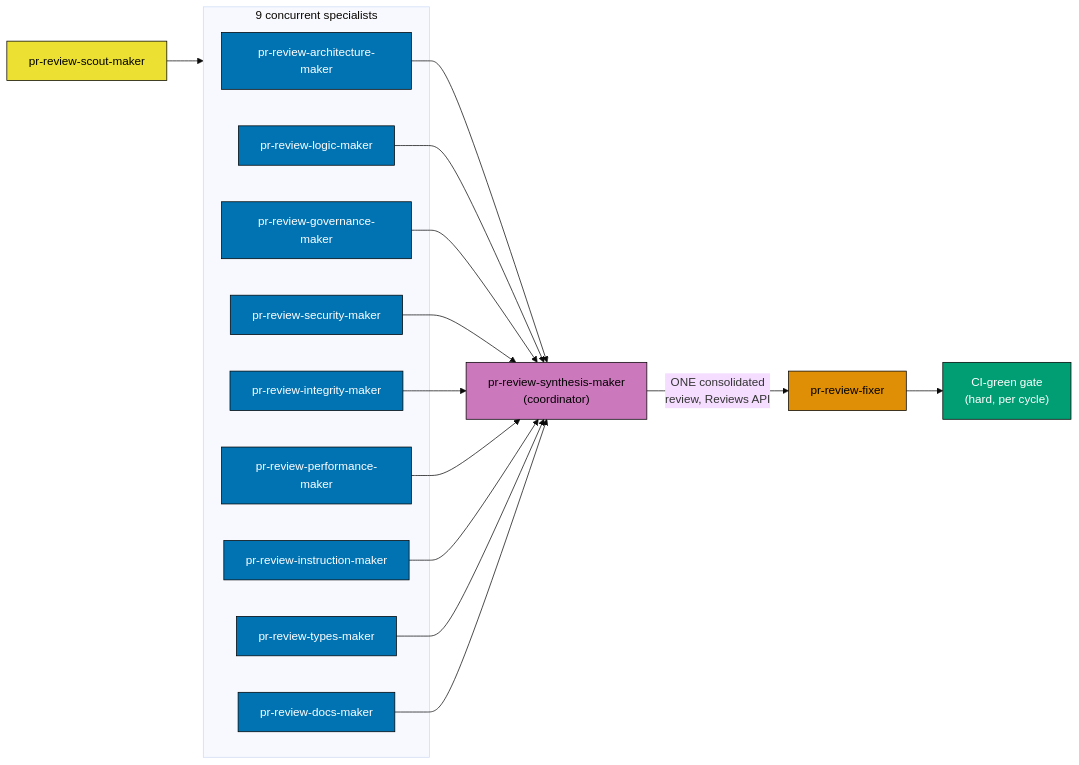
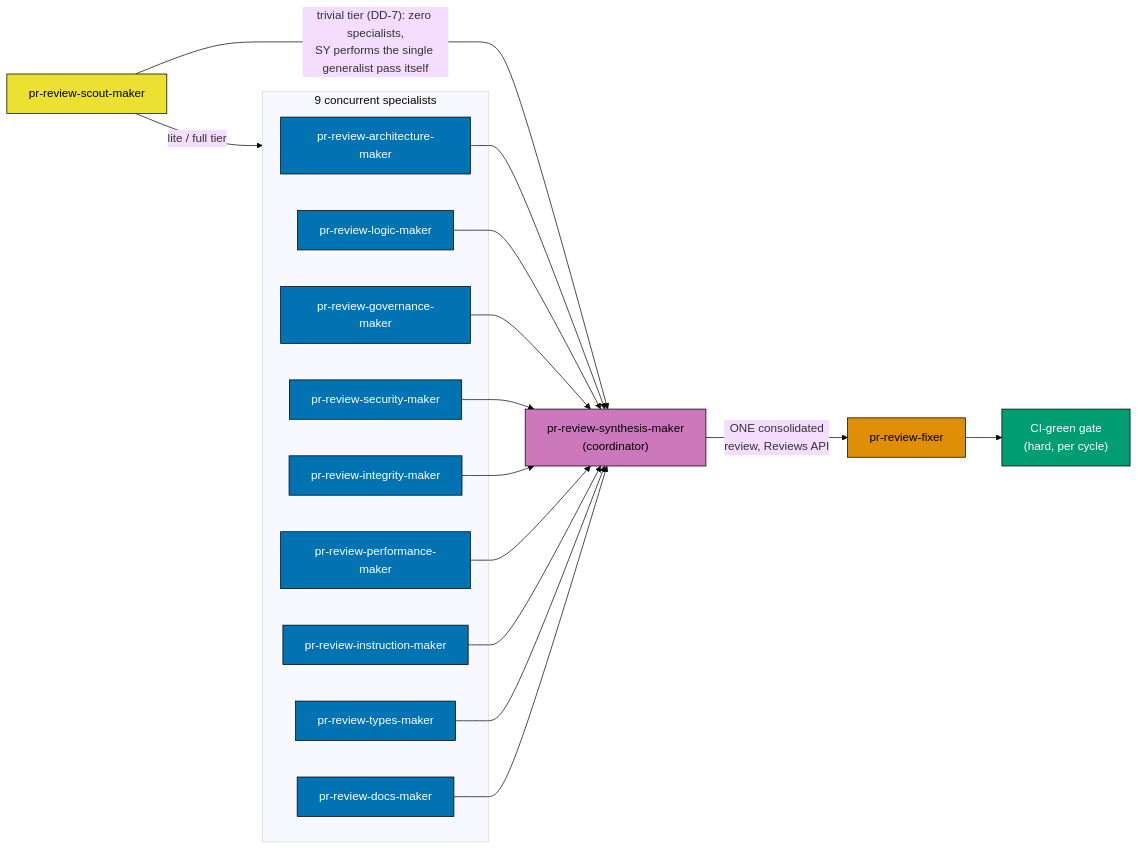
The first of 3 diagrams in repo-governance/workflows/pr/pr-review-quality-gate.md (wahidyankf/baseerah), drawn with Mermaid (base theme) before and after one commit. The commit also changed other lines of this file, not shown here.

First line of the commit message:
fix(workflow): rewire synthesis-maker context and show trivial-tier path

````diff
--- a/repo-governance/workflows/pr/pr-review-quality-gate.md
+++ b/repo-governance/workflows/pr/pr-review-quality-gate.md
@@ -87,34 +87,35 @@
 ```mermaid
 %% Color palette: Gold #ECE133 (scout), Blue #0173B2 (specialists), Purple #CC78BC (coordinator), Orange #DE8F05 (fixer), Teal #029E73 (CI gate)
 flowchart LR
   SC["pr-review-scout-maker"]:::gold
   subgraph FANOUT["9 concurrent specialists"]
     A["pr-review-architecture-maker"]:::blue
     L["pr-review-logic-maker"]:::blue
     G["pr-review-governance-maker"]:::blue
     S["pr-review-security-maker"]:::blue
     I["pr-review-integrity-maker"]:::blue
     P["pr-review-performance-maker"]:::blue
     D["pr-review-docs-maker"]:::blue
     N["pr-review-instruction-maker"]:::blue
     T["pr-review-types-maker"]:::blue
   end
-  SC --> FANOUT
+  SC -->|"lite / full tier"| FANOUT
+  SC -->|"trivial tier (DD-7): zero specialists,<br/>SY performs the single generalist pass itself"| SY
   A --> SY
   L --> SY
   G --> SY
   S --> SY
   I --> SY
   P --> SY
   N --> SY
   T --> SY
   D --> SY["pr-review-synthesis-maker<br/>(coordinator)"]:::purple
   SY -->|"ONE consolidated<br/>review, Reviews API"| FX["pr-review-fixer"]:::orange
   FX --> CI["CI-green gate<br/>(hard, per cycle)"]:::teal
 
   classDef gold fill:#ECE133,stroke:#000000,color:#000000
   classDef blue fill:#0173B2,stroke:#000000,color:#FFFFFF
   classDef purple fill:#CC78BC,stroke:#000000,color:#000000
   classDef orange fill:#DE8F05,stroke:#000000,color:#000000
   classDef teal fill:#029E73,stroke:#000000,color:#FFFFFF
 ```
````
